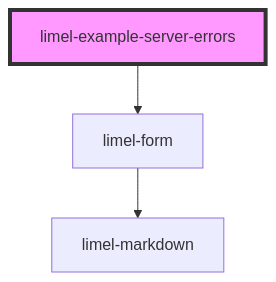
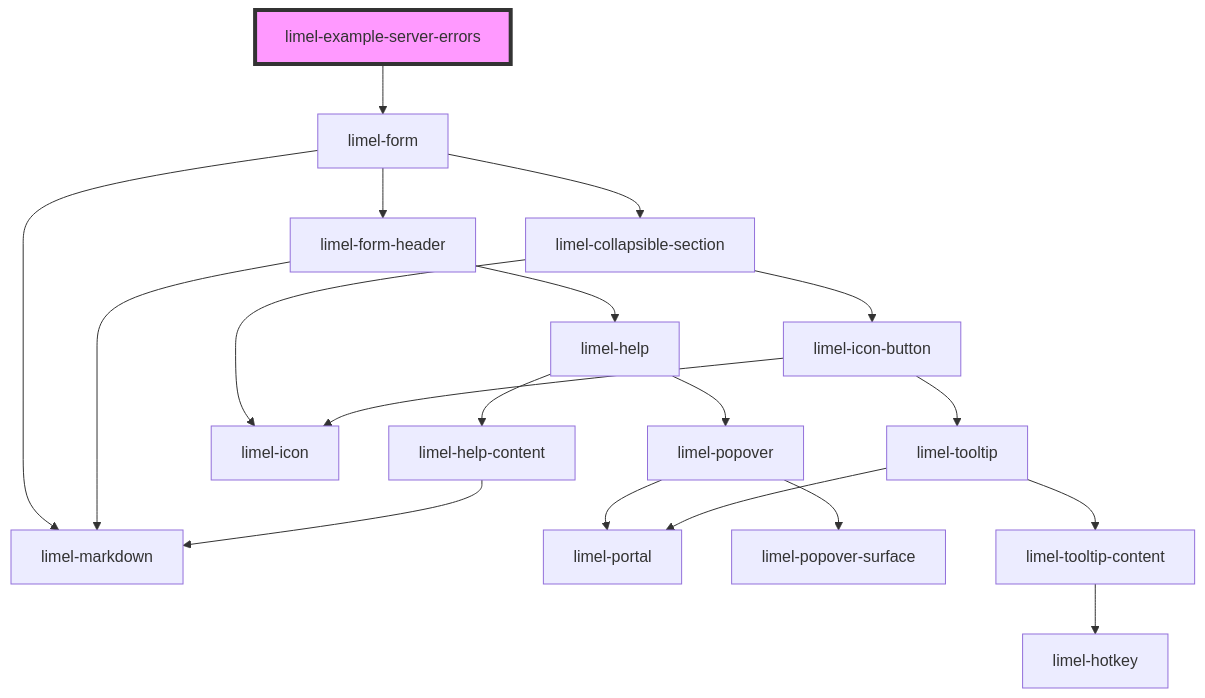
One commit to Lundalogik/lime-elements changed the diagram in versions/PR-4241/markdown-docs/components/form/examples/readme.md. Above: the diagram before and after it, drawn with Mermaid. The commit also changed 724 other files, not shown here.

````diff
--- a/versions/PR-4241/markdown-docs/components/form/examples/readme.md
+++ b/versions/PR-4241/markdown-docs/components/form/examples/readme.md
@@ -16,6 +16,22 @@
 ```mermaid
 graph TD;
   limel-example-server-errors --> limel-form
   limel-form --> limel-markdown
+  limel-form --> limel-form-header
+  limel-form --> limel-collapsible-section
+  limel-form-header --> limel-help
+  limel-form-header --> limel-markdown
+  limel-help --> limel-popover
+  limel-help --> limel-help-content
+  limel-popover --> limel-portal
+  limel-popover --> limel-popover-surface
+  limel-help-content --> limel-markdown
+  limel-collapsible-section --> limel-icon
+  limel-collapsible-section --> limel-icon-button
+  limel-icon-button --> limel-icon
+  limel-icon-button --> limel-tooltip
+  limel-tooltip --> limel-portal
+  limel-tooltip --> limel-tooltip-content
+  limel-tooltip-content --> limel-hotkey
   style limel-example-server-errors fill:#f9f,stroke:#333,stroke-width:4px
 ```
````
